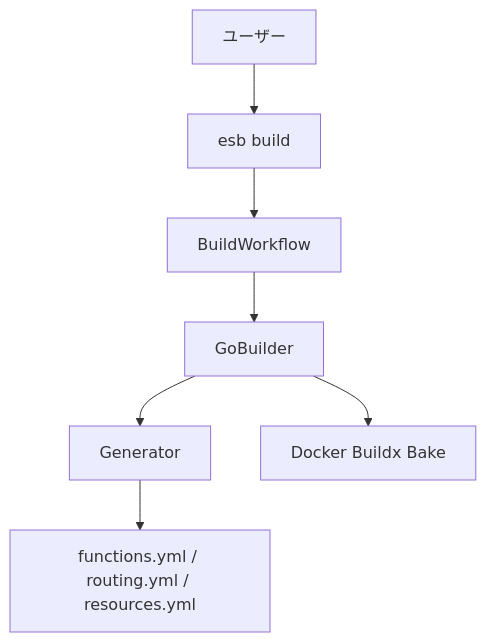
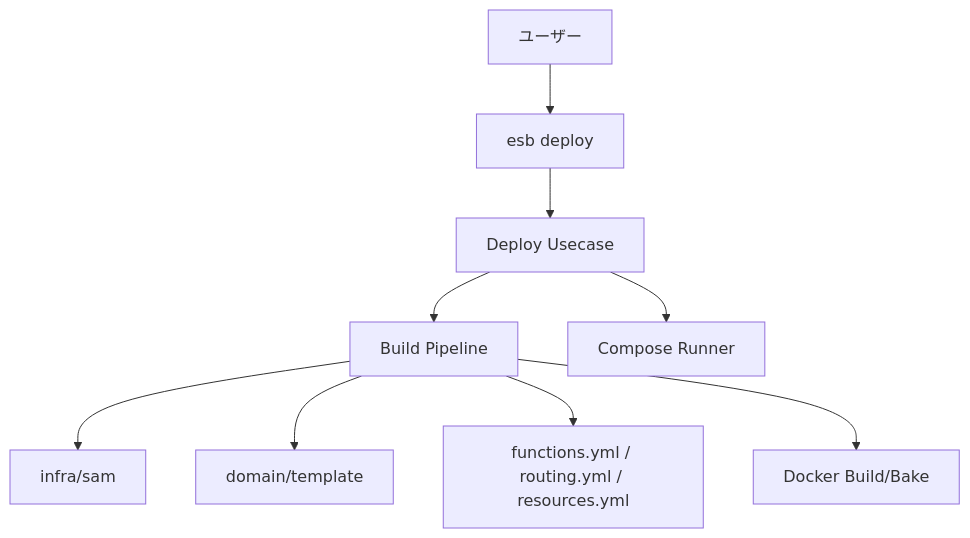
Before and after one commit to poruru-code/esb-cli: the diagram in docs/architecture.md, drawn with Mermaid. The commit also changed other lines of this file and 92 other files, not shown here.

Commit message:
CLI: 生成/ビルド分割 / CLI: split build pipeline

````diff
--- a/docs/architecture.md
+++ b/docs/architecture.md
@@ -12,9 +13,11 @@
 ```mermaid
 graph TD
-    User[ユーザー] --> CLI[esb build]
-    CLI --> Workflows[BuildWorkflow]
-    Workflows --> Builder[GoBuilder]
-    Builder --> Generator[Generator]
-    Builder --> Bake[Docker Buildx Bake]
-    Generator --> Files[functions.yml / routing.yml / resources.yml]
+    User[ユーザー] --> CLI[esb deploy]
+    CLI --> Usecase[Deploy Usecase]
+    Usecase --> Build[Build Pipeline]
+    Usecase --> Compose[Compose Runner]
+    Build --> SAM[infra/sam]
+    Build --> Template[domain/template]
+    Build --> Files[functions.yml / routing.yml / resources.yml]
+    Build --> Docker[Docker Build/Bake]
 ```
````
